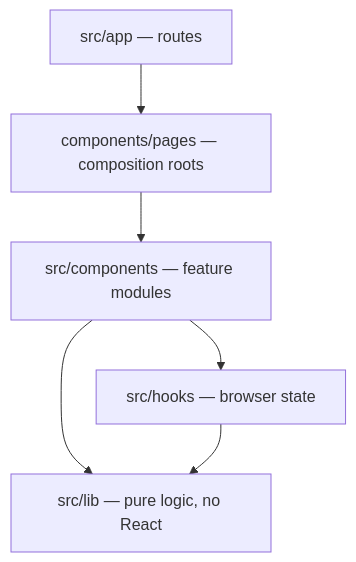
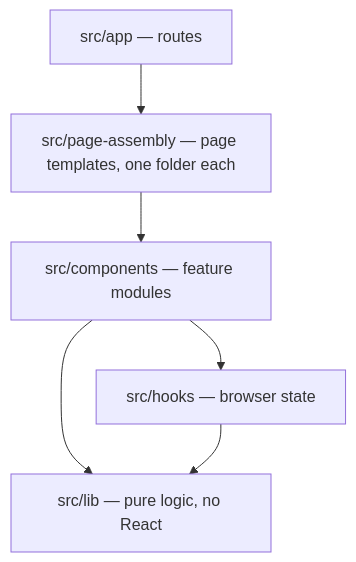
Before and after one commit to hancrafted/content-library: the first of 5 diagrams in .archgate/adrs/FE-004-slide-architecture.md, drawn with Mermaid. The commit also changed other lines of this file and 80 other files, not shown here.

````diff
--- a/.archgate/adrs/FE-004-slide-architecture.md
+++ b/.archgate/adrs/FE-004-slide-architecture.md
@@ -22,8 +22,8 @@
 ```mermaid
 flowchart TD
-  app["src/app — routes"] --> pages["components/pages — composition roots"]
+  app["src/app — routes"] --> pages["src/page-assembly — page templates, one folder each"]
   pages --> comp["src/components — feature modules"]
   comp --> hooks["src/hooks — browser state"]
   comp --> lib["src/lib — pure logic, no React"]
   hooks --> lib
 ```
````
